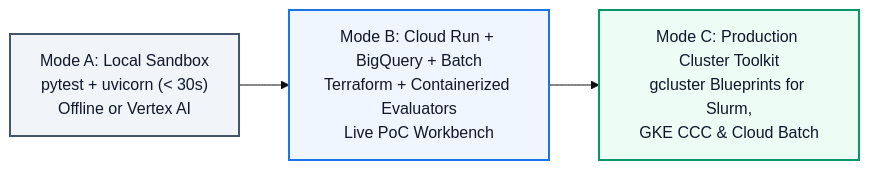
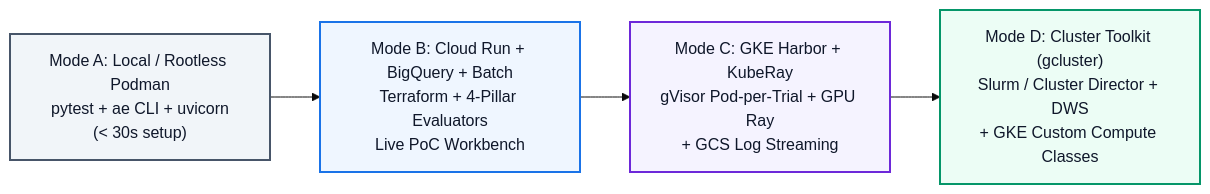
One commit to saffiali/alphaevolve-hpc-cluster-optimization changed the diagram in docs/GCP_DEPLOYMENT_GUIDE.md. Above: the diagram before and after it, drawn with Mermaid (base theme). The commit also changed other lines of this file and 54 other files, not shown here.

Commit message:
Add Pillar 4 Harbor Agent Skill Optimizer, Managed Discovery Engine adapter & GKE Harbor/Ray IaC

````diff
--- a/docs/GCP_DEPLOYMENT_GUIDE.md
+++ b/docs/GCP_DEPLOYMENT_GUIDE.md
@@ -13,9 +13,11 @@
 ```mermaid
 flowchart LR
     classDef local fill:#f1f5f9,stroke:#475569,stroke-width:2px,color:#0f172a
     classDef cloud fill:#eff6ff,stroke:#1a73e8,stroke-width:2px,color:#0f172a
+    classDef gke fill:#f5f3ff,stroke:#6d28d9,stroke-width:2px,color:#0f172a
     classDef hpc fill:#ecfdf5,stroke:#059669,stroke-width:2px,color:#0f172a
 
-    M1["Mode A: Local Sandbox\npytest + uvicorn (< 30s)\nOffline or Vertex AI"]:::local --> M2["Mode B: Cloud Run + BigQuery + Batch\nTerraform + Containerized Evaluators\nLive PoC Workbench"]:::cloud
-    M2 --> M3["Mode C: Production Cluster Toolkit\ngcluster Blueprints for Slurm,\nGKE CCC & Cloud Batch"]:::hpc
+    M1["Mode A: Local / Rootless Podman\npytest + ae CLI + uvicorn\n(< 30s setup)"]:::local --> M2["Mode B: Cloud Run + BigQuery + Batch\nTerraform + 4-Pillar Evaluators\nLive PoC Workbench"]:::cloud
+    M2 --> M3["Mode C: GKE Harbor + KubeRay\ngVisor Pod-per-Trial + GPU Ray\n+ GCS Log Streaming"]:::gke
+    M3 --> M4["Mode D: Cluster Toolkit (gcluster)\nSlurm / Cluster Director + DWS\n+ GKE Custom Compute Classes"]:::hpc
 ```
````
